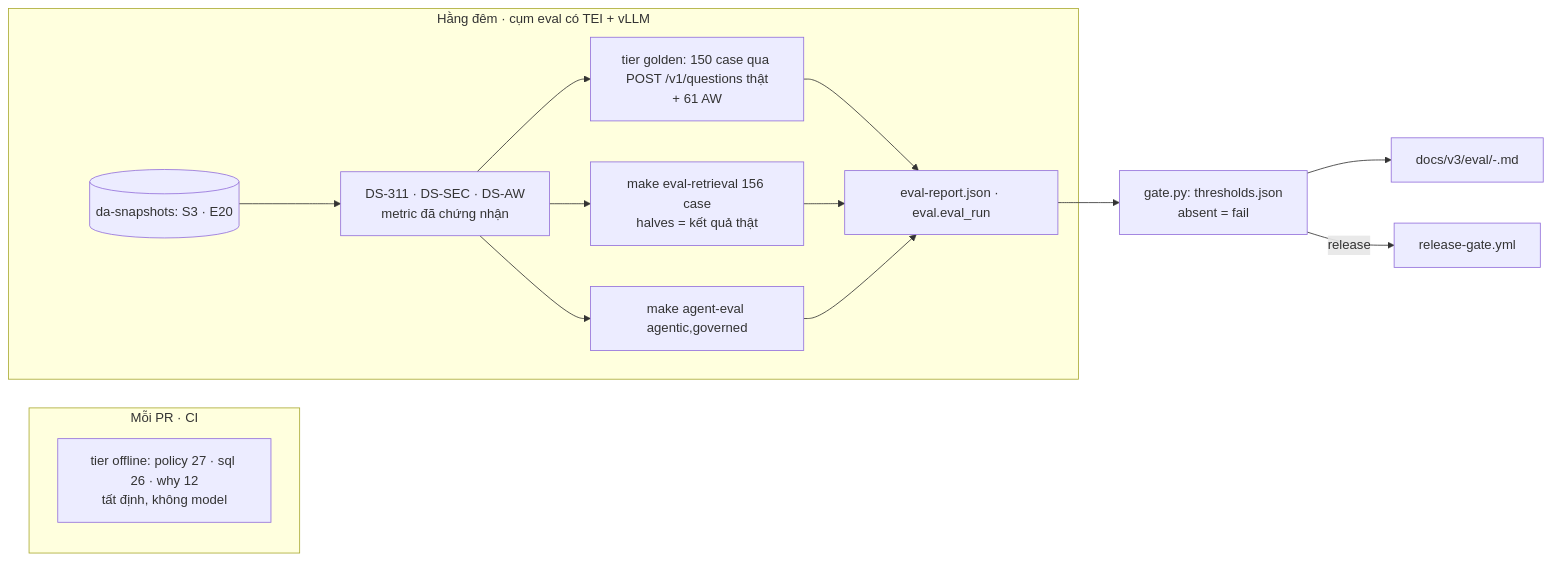
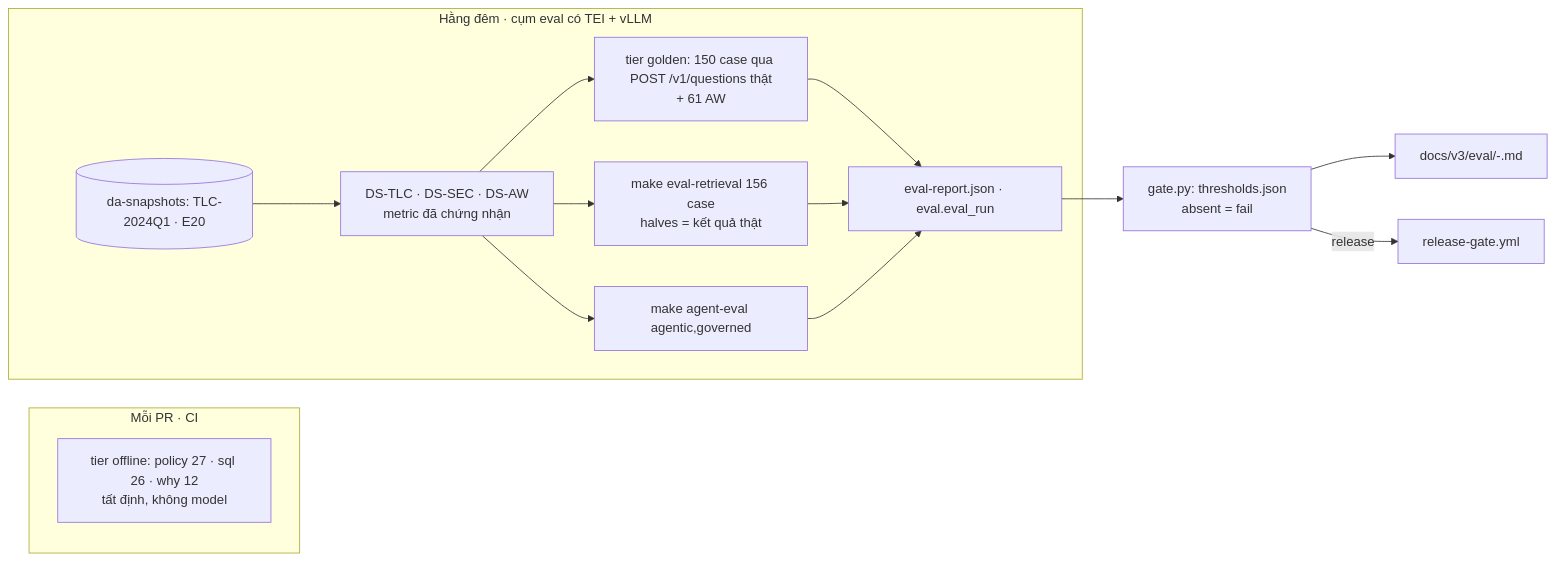
Before and after one commit to affkjuhyt/Data-Agent: the diagram in docs/blueprint/DATASET_AND_EVALUATION.md, drawn with Mermaid. The commit also changed other lines of this file and 10 other files, not shown here.

````diff
--- a/docs/blueprint/DATASET_AND_EVALUATION.md
+++ b/docs/blueprint/DATASET_AND_EVALUATION.md
@@ -409,16 +414,16 @@
 ```mermaid
 flowchart LR
   subgraph PR[Mỗi PR · CI]
     OFF[tier offline: policy 27 · sql 26 · why 12<br/>tất định, không model]
   end
   subgraph NIGHT[Hằng đêm · cụm eval có TEI + vLLM]
-    SNAP[(da-snapshots: S3 · E20)] --> DS[DS-311 · DS-SEC · DS-AW<br/>metric đã chứng nhận]
+    SNAP[(da-snapshots: TLC-2024Q1 · E20)] --> DS[DS-TLC · DS-SEC · DS-AW<br/>metric đã chứng nhận]
     DS --> GOLD[tier golden: 150 case qua POST /v1/questions thật<br/>+ 61 AW]
     DS --> RET[make eval-retrieval 156 case<br/>halves = kết quả thật]
     DS --> AG[make agent-eval agentic,governed]
     GOLD & RET & AG --> REP[eval-report.json · eval.eval_run]
   end
   REP --> GATE[gate.py: thresholds.json<br/>absent = fail]
   GATE --> DOC[docs/v3/eval/<date>-<snapshot>.md]
   GATE -- release --> REL[release-gate.yml]
 ```
````
